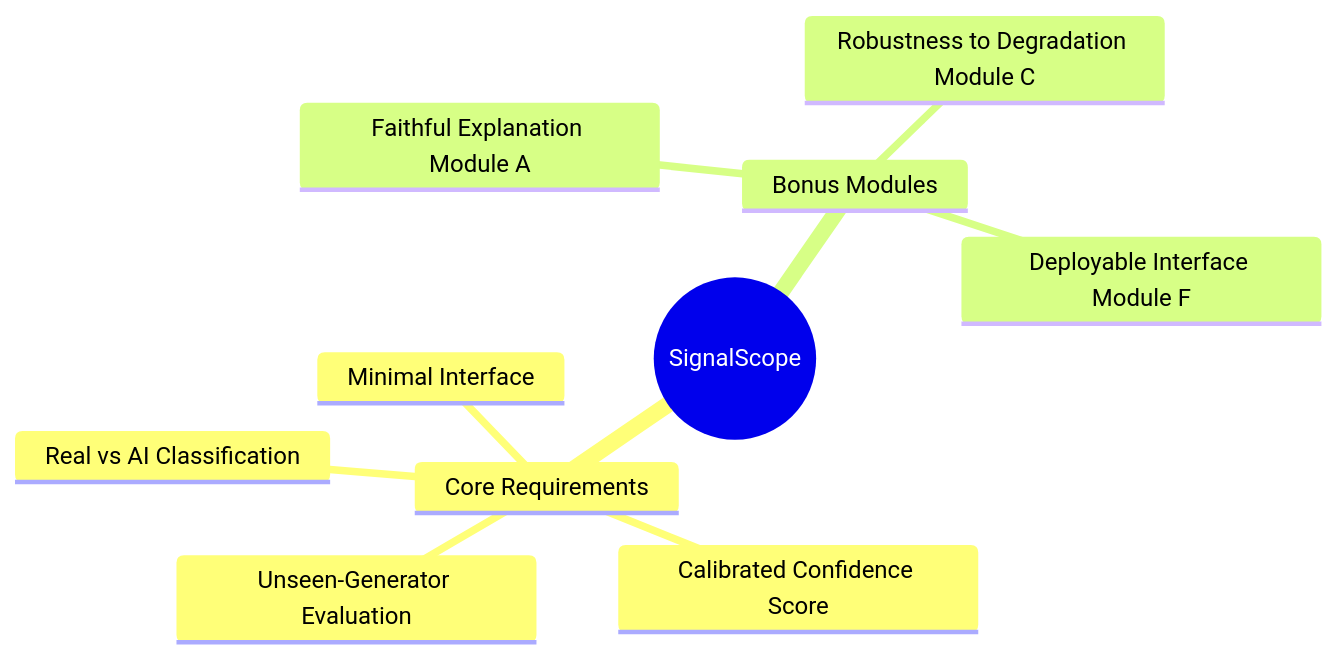
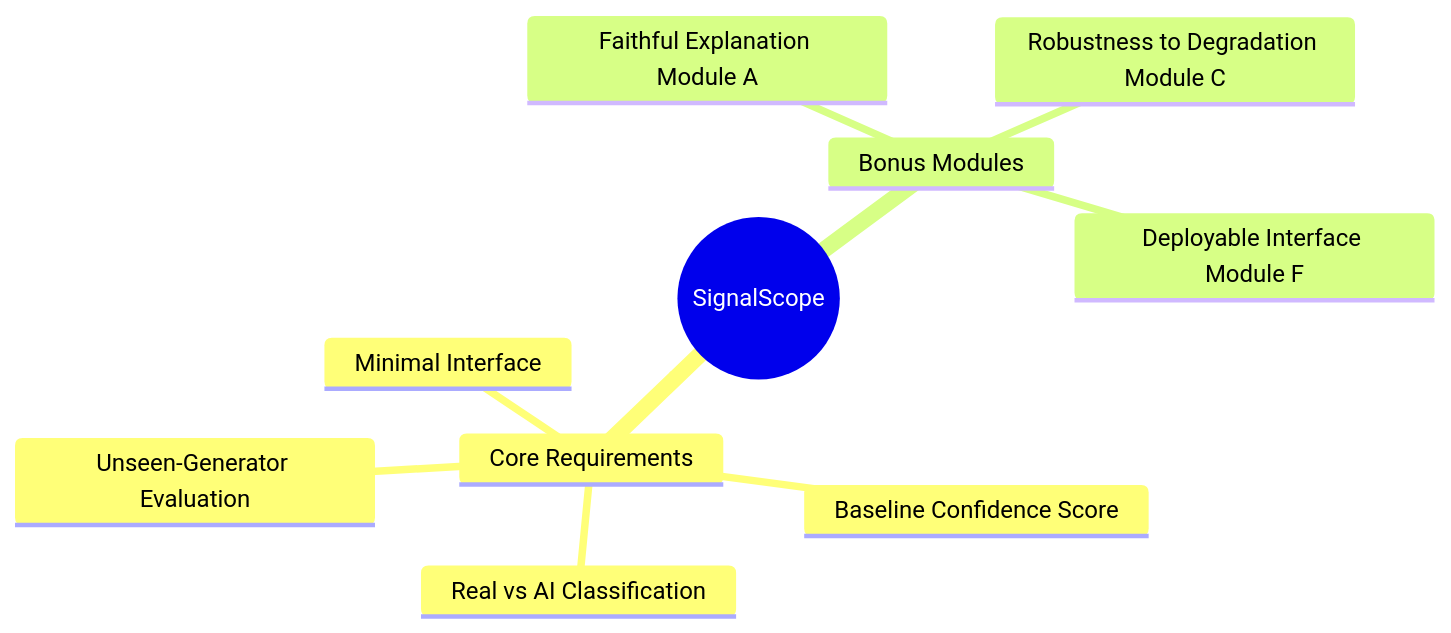
Before and after one commit to arththakkar1/signal-scope-web-app: the diagram in doc/explanation/core-features.md, drawn with Mermaid. The commit also changed other lines of this file and 6 other files, not shown here.

````diff
--- a/doc/explanation/core-features.md
+++ b/doc/explanation/core-features.md
@@ -7,13 +7,13 @@
 ```mermaid
 mindmap
   root((SignalScope))
     Core Requirements
       Real vs AI Classification
-      Calibrated Confidence Score
+      Baseline Confidence Score
       Unseen-Generator Evaluation
       Minimal Interface
     Bonus Modules
       Faithful Explanation Module A
       Robustness to Degradation Module C
       Deployable Interface Module F
 ```
````
